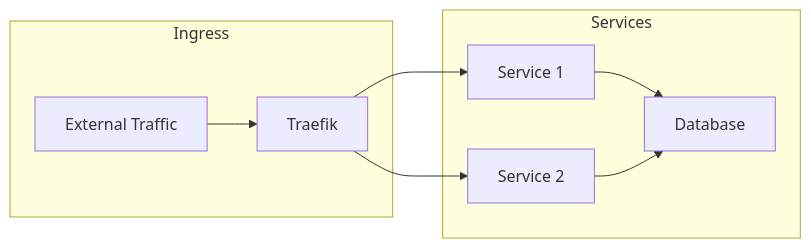
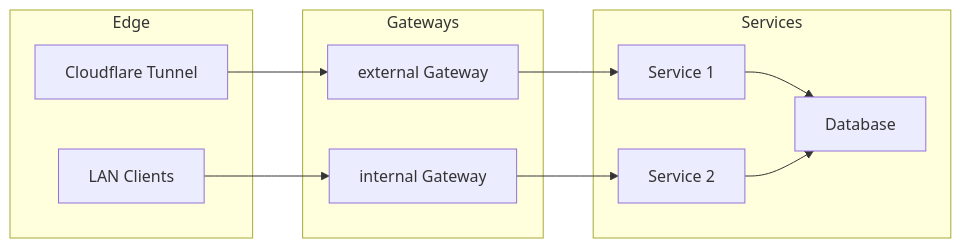
One commit to dapperdivers/dapper-cluster changed the second of 2 diagrams in docs/src/architecture/network.md. Above: the diagram before and after it, drawn with Mermaid. The commit also changed other lines of this file and 36 other files, not shown here.

First line of the commit message:
docs: reflect current state (external Ceph on Proxmox + Envoy Gateway)

````diff
--- a/docs/src/architecture/network.md
+++ b/docs/src/architecture/network.md
@@ -143,19 +139,25 @@
 ```mermaid
 graph LR
-    subgraph Ingress
-        External[External Traffic]
-        Traefik[Traefik]
+    subgraph Edge
+        CF[Cloudflare Tunnel]
+        LAN[LAN Clients]
+    end
+
+    subgraph Gateways
+        EXT[external Gateway]
+        INT[internal Gateway]
     end
 
     subgraph Services
         App1[Service 1]
         App2[Service 2]
         DB[Database]
     end
 
-    External --> Traefik
-    Traefik --> App1
-    Traefik --> App2
+    CF --> EXT
+    LAN --> INT
+    EXT --> App1
+    INT --> App2
     App1 --> DB
     App2 --> DB
 ```
````
